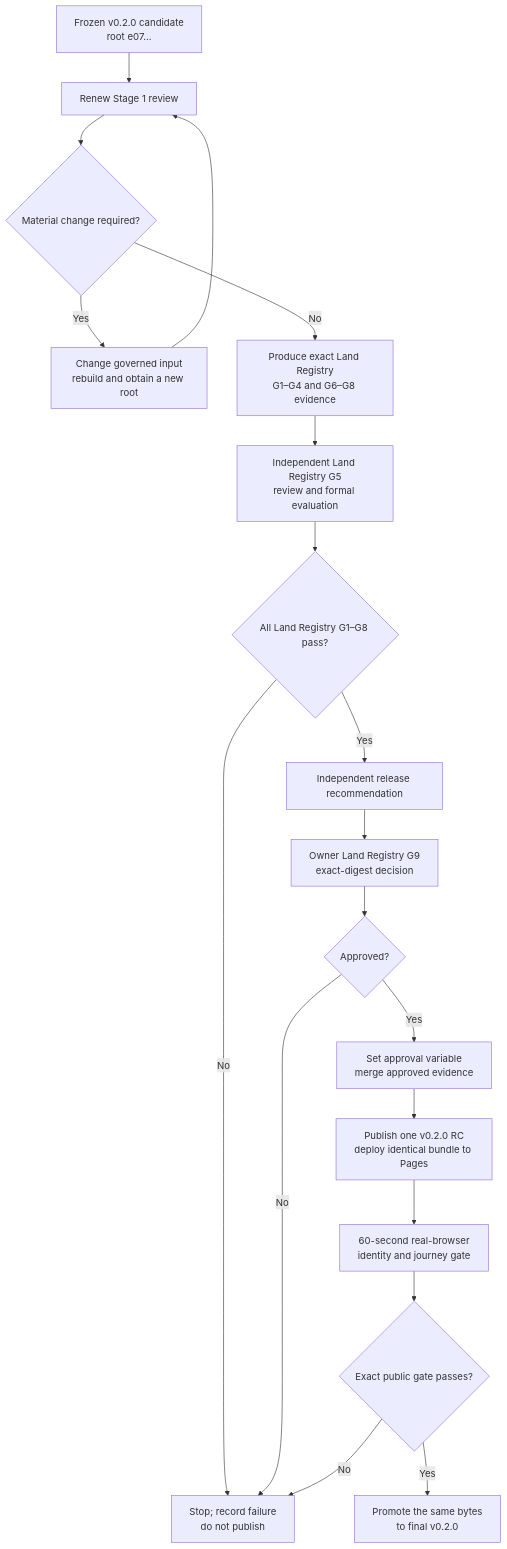
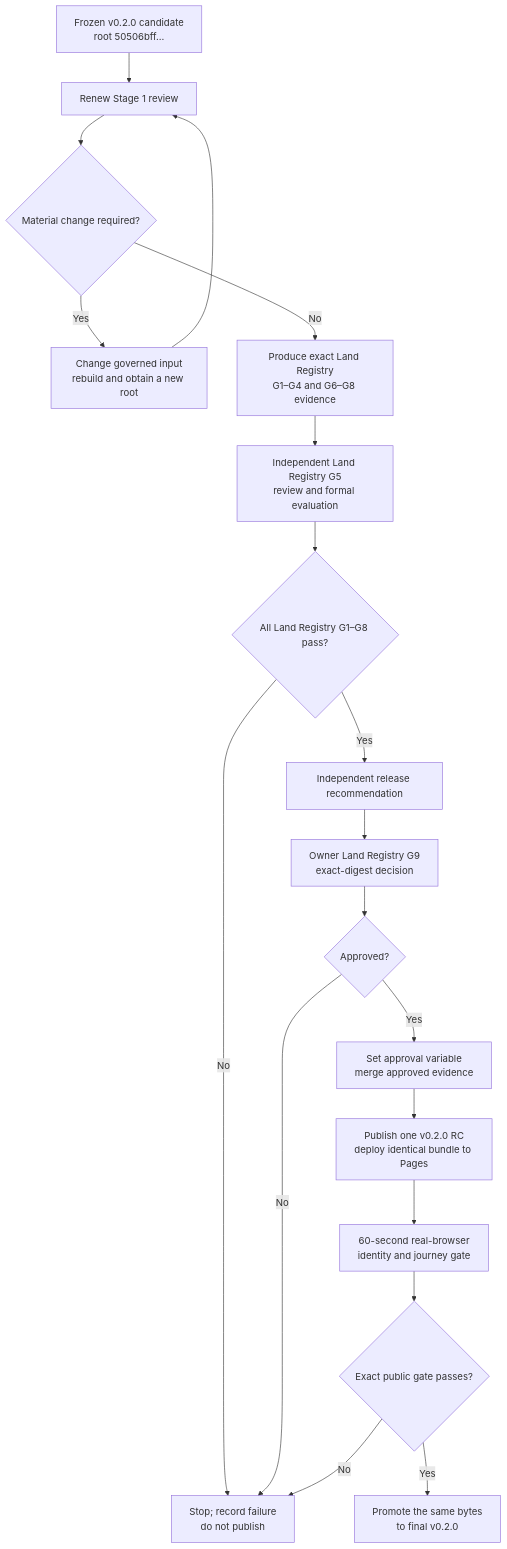
The diagram in docs/v0.2.0-release-tracker-and-publication-guide.md (chris-page-gov/okf-LandRegistry), drawn with Mermaid before and after one commit. The commit also changed other lines of this file and 8 other files, not shown here.

````diff
--- a/docs/v0.2.0-release-tracker-and-publication-guide.md
+++ b/docs/v0.2.0-release-tracker-and-publication-guide.md
@@ -454,21 +484,21 @@
 ```mermaid
 flowchart TD
-    A["Frozen v0.2.0 candidate<br/>root e07…"] --> B["Renew Stage 1 review"]
+    A["Frozen v0.2.0 candidate<br/>root 50506bff…"] --> B["Renew Stage 1 review"]
     B --> C{"Material change required?"}
     C -- "Yes" --> D["Change governed input<br/>rebuild and obtain a new root"]
     D --> B
     C -- "No" --> E["Produce exact Land Registry<br/>G1–G4 and G6–G8 evidence"]
     E --> F["Independent Land Registry G5<br/>review and formal evaluation"]
     F --> G{"All Land Registry G1–G8 pass?"}
     G -- "No" --> H["Stop; record failure<br/>do not publish"]
     G -- "Yes" --> I["Independent release recommendation"]
     I --> J["Owner Land Registry G9<br/>exact-digest decision"]
     J --> K{"Approved?"}
     K -- "No" --> H
     K -- "Yes" --> L["Set approval variable<br/>merge approved evidence"]
     L --> M["Publish one v0.2.0 RC<br/>deploy identical bundle to Pages"]
     M --> N["60-second real-browser<br/>identity and journey gate"]
     N --> O{"Exact public gate passes?"}
     O -- "No" --> H
     O -- "Yes" --> P["Promote the same bytes<br/>to final v0.2.0"]
 ```
````
